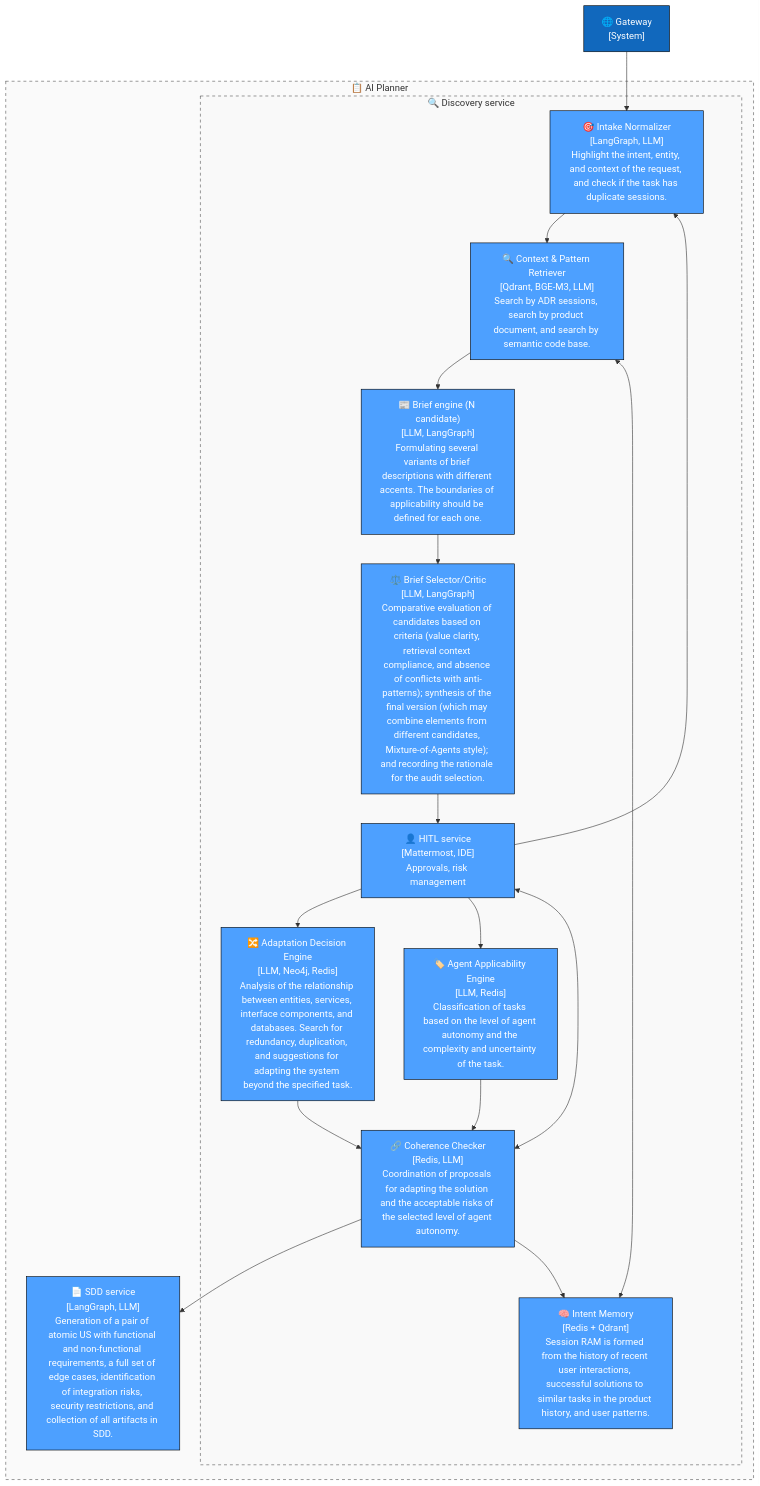
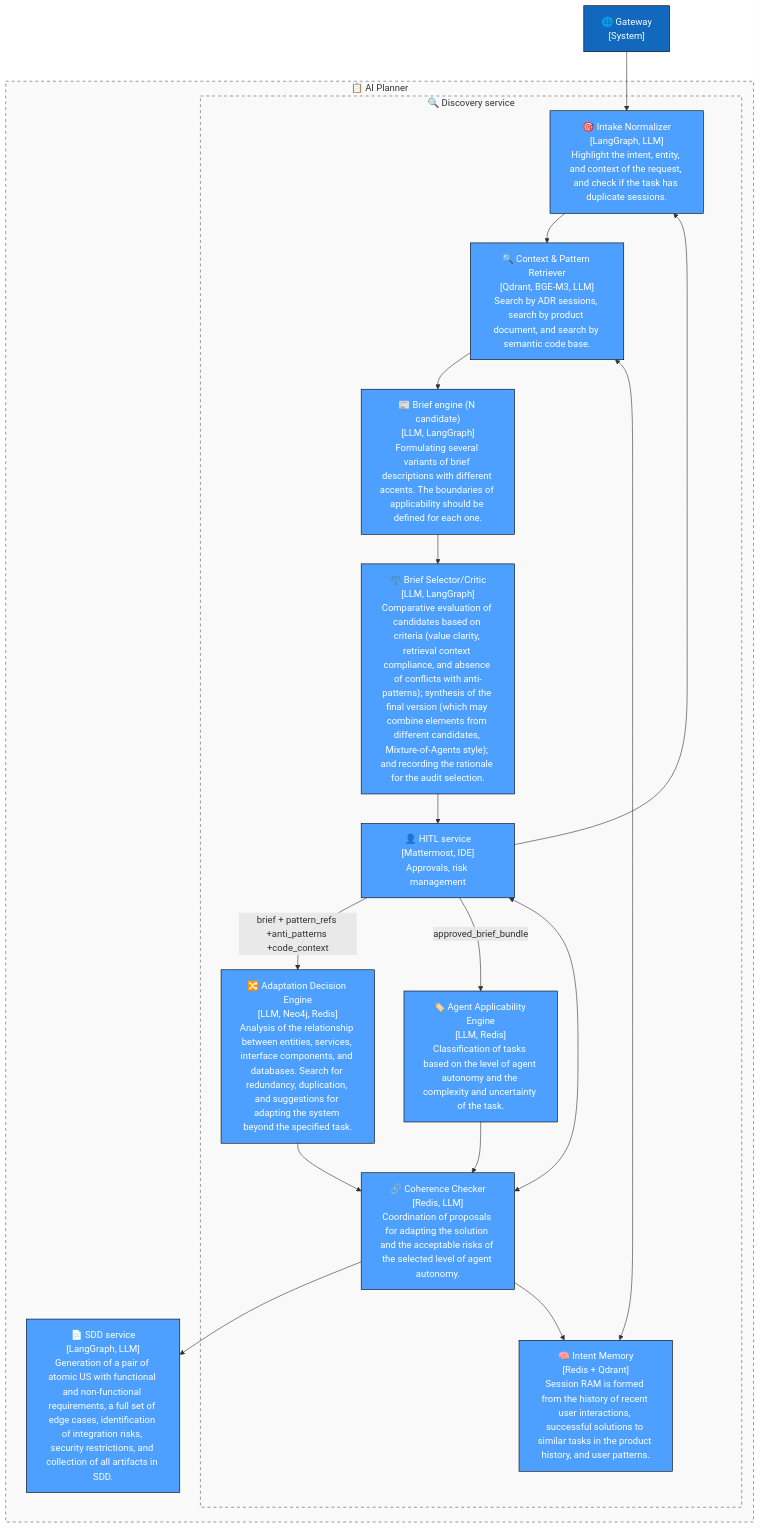
One commit to Kir-Za/MAS changed the diagram in c4schemes/component_discovery.mmd. Above: the diagram before and after it, drawn with Mermaid. The commit also changed 1 other file, not shown here.

```diff
--- a/c4schemes/component_discovery.mmd
+++ b/c4schemes/component_discovery.mmd
@@ -1,36 +1,37 @@
 flowchart TD
     classDef actor fill:#08427b,stroke:#000,color:#fff,stroke-width:2px;
     classDef system fill:#1168bd,stroke:#000,color:#fff;
     classDef container fill:#4DA0FF,stroke:#000,color:#fff;
     classDef external fill:#999,stroke:#333,color:#fff;
 
     gateway["🌐 Gateway<br/>[System]"]:::system
 
     subgraph group_internal_0["📋 AI Planner"]
 
         subgraph group_internal_1["🔍 Discovery service"]
             intake["🎯 Intake Normalizer<br/>[LangGraph, LLM]<br/>Highlight the intent, entity, and context of the request, and check if the task has duplicate sessions."]:::container
             retriever["🔍 Context & Pattern Retriever<br/>[Qdrant, BGE-M3, LLM]<br/>Search by ADR sessions, search by product document, and search by semantic code base."]:::container
             intent_mem["🧠 Intent Memory<br/>[Redis + Qdrant]<br/>Session RAM is formed from the history of recent user interactions, successful solutions to similar tasks in the product history, and user patterns."]:::container
             brief["📰 Brief engine (N candidate)<br/>[LLM, LangGraph]<br/>Formulating several variants of brief descriptions with different accents. The boundaries of applicability should be defined for each one."]:::container
             brief_critic["⚖️ Brief Selector/Critic<br/>[LLM, LangGraph]<br/>Comparative evaluation of candidates based on criteria (value clarity, retrieval context compliance, and absence of conflicts with anti-patterns); synthesis of the final version (which may combine elements from different candidates, Mixture-of-Agents style); and recording the rationale for the audit selection."]:::container
             hitl["👤 HITL service<br/>[Mattermost, IDE]<br/>Approvals, risk management"]:::container
             adapt["🔀 Adaptation Decision Engine<br/>[LLM, Neo4j, Redis]<br/>Analysis of the relationship between entities, services, interface components, and databases. Search for redundancy, duplication, and suggestions for adapting the system beyond the specified task."]:::container
             applic["🏷️ Agent Applicability Engine<br/>[LLM, Redis]<br/>Classification of tasks based on the level of agent autonomy and the complexity and uncertainty of the task."]:::container
             coherence["🔗 Coherence Checker<br/>[Redis, LLM]<br/>Coordination of proposals for adapting the solution and the acceptable risks of the selected level of agent autonomy."]:::container
         end
 
     sdd["📄 SDD service<br/>[LangGraph, LLM]<br/>Generation of a pair of atomic US with functional and non-functional requirements, a full set of edge cases, identification of integration risks, security restrictions, and collection of all artifacts in SDD."]:::container
 
     end 
 
-    gateway --> intake --> retriever --> brief --> brief_critic --> hitl --> adapt --> coherence --> sdd
+    gateway --> intake --> retriever --> brief --> brief_critic --> hitl
+    hitl -->|brief + pattern_refs +anti_patterns +code_context| adapt --> coherence --> sdd
     intent_mem <--> retriever
     coherence --> intent_mem
     applic --> coherence
-    hitl --> applic
+    hitl -->|approved_brief_bundle| applic
     hitl --> intake
     hitl <--> coherence
     
     style group_internal_0 stroke:#555,stroke-dasharray: 5 5,fill:#f9f9f9,fill-opacity:0.8;
     style group_internal_1 stroke:#555,stroke-dasharray: 5 5,fill:#f9f9f9,fill-opacity:0.8;
```
